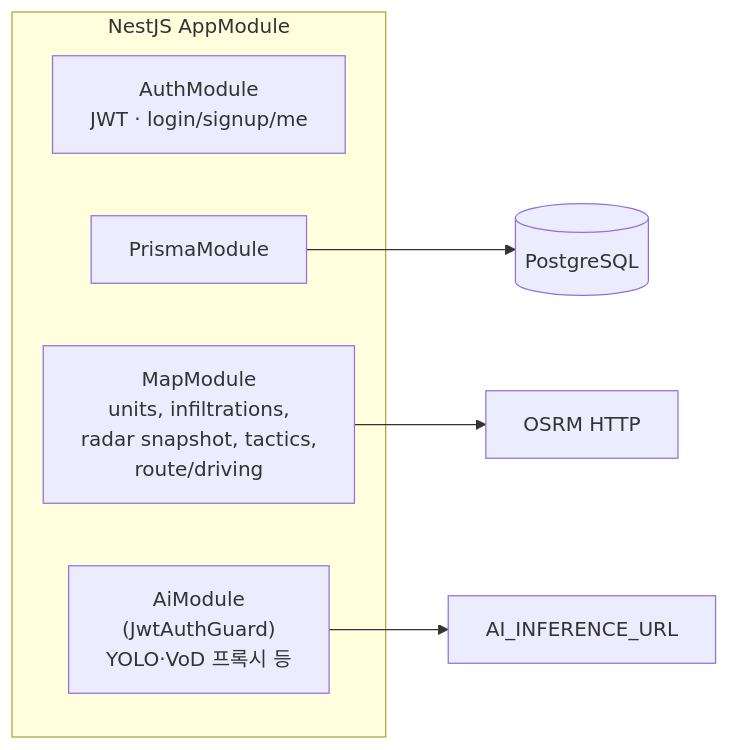
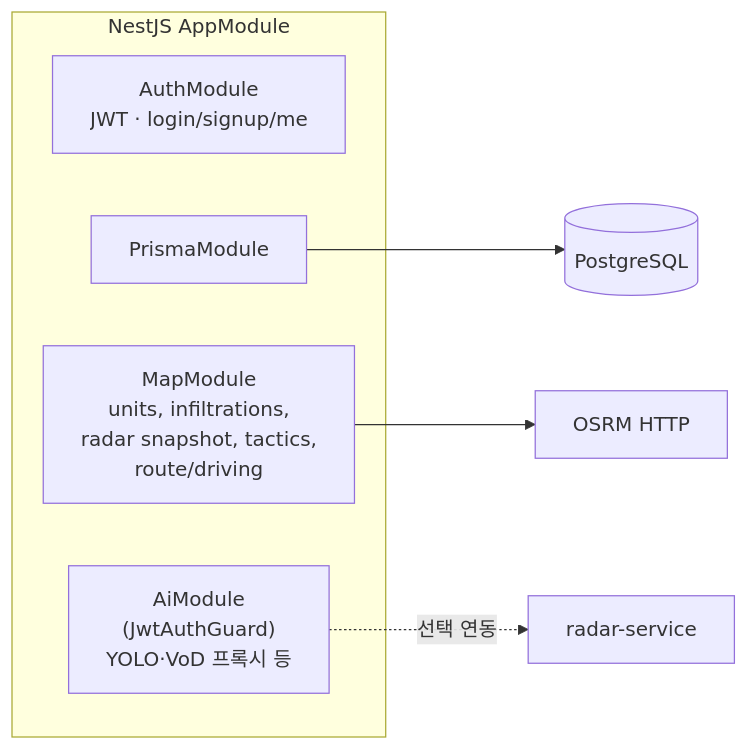
Before and after one commit to pbzz1/hanhwa_final: the second of 6 diagrams in docs/ARCHITECTURE.md, drawn with Mermaid. The commit also changed other lines of this file and 176 other files, not shown here.

````diff
--- a/docs/ARCHITECTURE.md
+++ b/docs/ARCHITECTURE.md
@@ -56,13 +56,13 @@
 ```mermaid
 flowchart LR
   subgraph NestApp["NestJS AppModule"]
     Auth["AuthModule\nJWT · login/signup/me"]
     PrismaM["PrismaModule"]
     MapM["MapModule\nunits, infiltrations,\nradar snapshot, tactics,\nroute/driving"]
     AiM["AiModule\n(JwtAuthGuard)\nYOLO·VoD 프록시 등"]
   end
 
   PrismaM --> DB[("PostgreSQL")]
   MapM --> OSRM["OSRM HTTP"]
-  AiM --> PyAI["AI_INFERENCE_URL"]
+  AiM -. 선택 연동 .-> RadarSvc["radar-service"]
 ```
````
